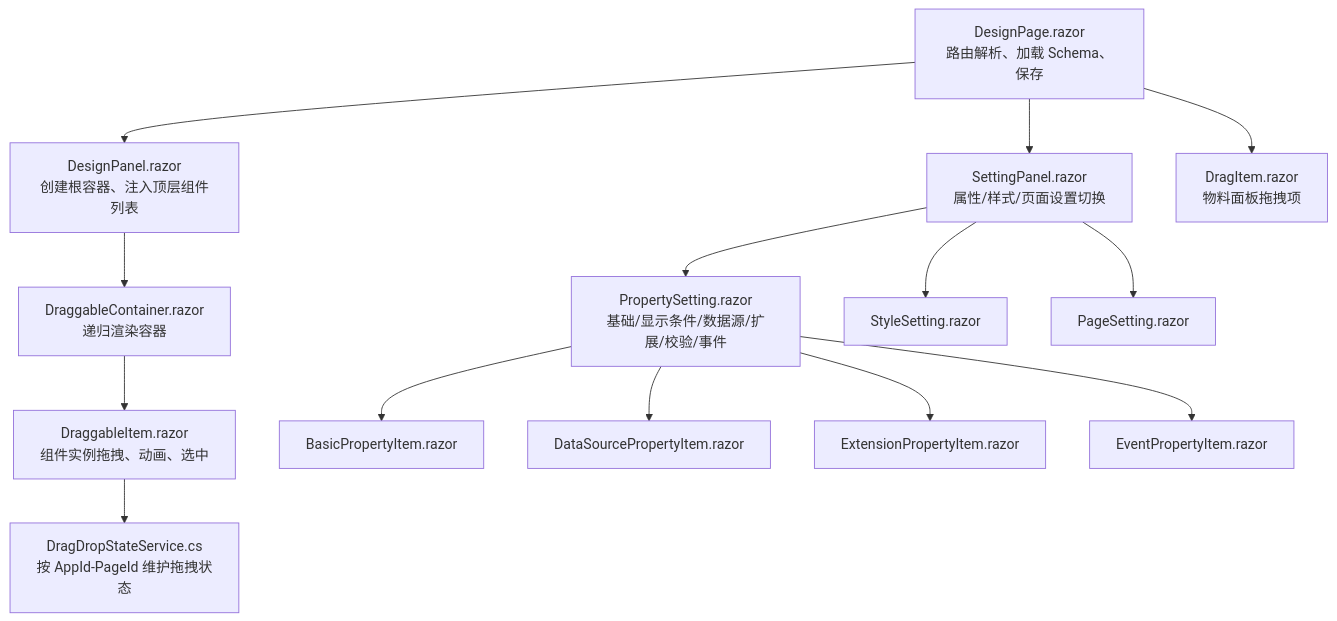
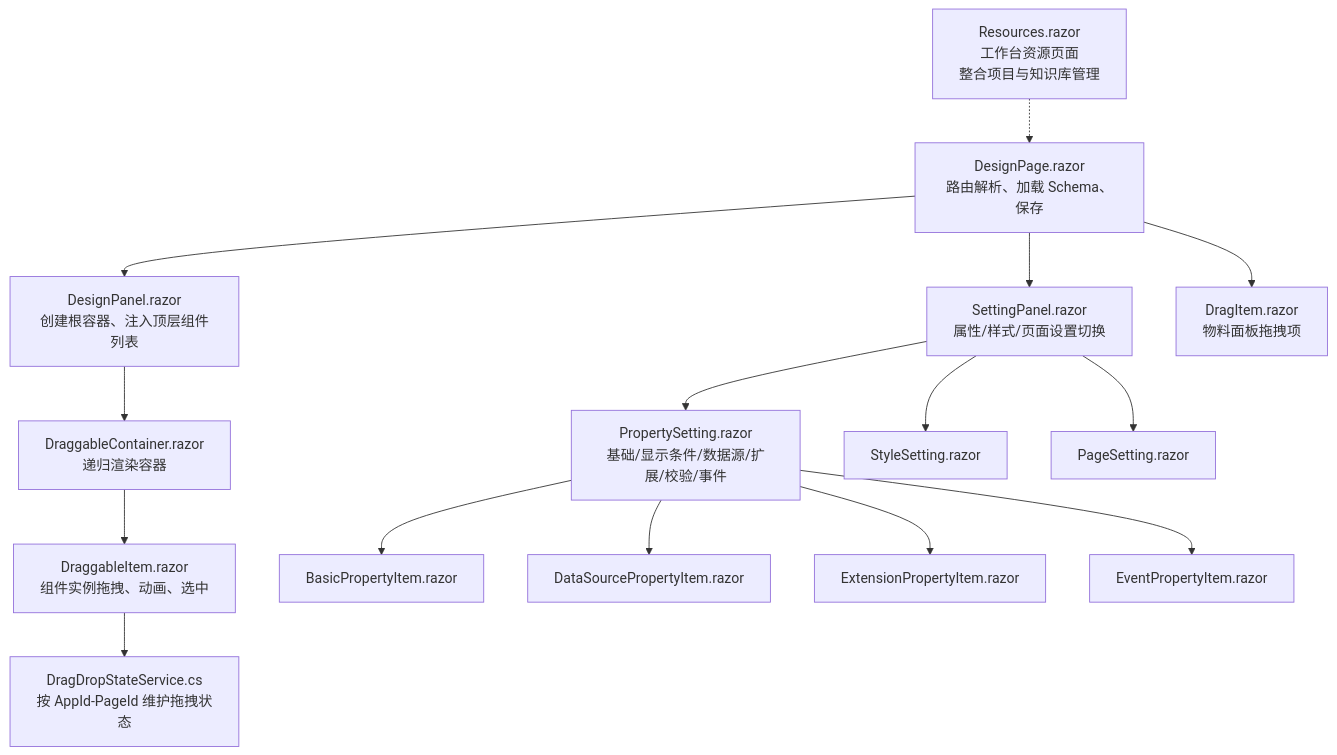
One commit to openlowcodelab/lowcode changed the first of 5 diagrams in .qoder/repowiki/zh/content/低代码平台/设计引擎/页面设计器.md. Above: the diagram before and after it, drawn with Mermaid. The commit also changed other lines of this file and 38 other files, not shown here.

````diff
--- a/.qoder/repowiki/zh/content/低代码平台/设计引擎/页面设计器.md
+++ b/.qoder/repowiki/zh/content/低代码平台/设计引擎/页面设计器.md
@@ -48,16 +60,17 @@
 ```mermaid
 graph TB
     DesignPage["DesignPage.razor<br/>路由解析、加载 Schema、保存"] --> DesignPanel["DesignPanel.razor<br/>创建根容器、注入顶层组件列表"]
     DesignPage --> SettingPanel["SettingPanel.razor<br/>属性/样式/页面设置切换"]
     DesignPanel --> DraggableContainer["DraggableContainer.razor<br/>递归渲染容器"]
     DraggableContainer --> DraggableItem["DraggableItem.razor<br/>组件实例拖拽、动画、选中"]
     DesignPage --> DragItem["DragItem.razor<br/>物料面板拖拽项"]
     DraggableItem --> StateService["DragDropStateService.cs<br/>按 AppId-PageId 维护拖拽状态"]
     SettingPanel --> PropertySetting["PropertySetting.razor<br/>基础/显示条件/数据源/扩展/校验/事件"]
     PropertySetting --> BasicPropertyItem["BasicPropertyItem.razor"]
     PropertySetting --> DataSourcePropertyItem["DataSourcePropertyItem.razor"]
     PropertySetting --> ExtensionPropertyItem["ExtensionPropertyItem.razor"]
     PropertySetting --> EventPropertyItem["EventPropertyItem.razor"]
     SettingPanel --> StyleSetting["StyleSetting.razor"]
     SettingPanel --> PageSetting["PageSetting.razor"]
+    Resources["Resources.razor<br/>工作台资源页面<br/>整合项目与知识库管理"] -.-> DesignPage
 ```
````
